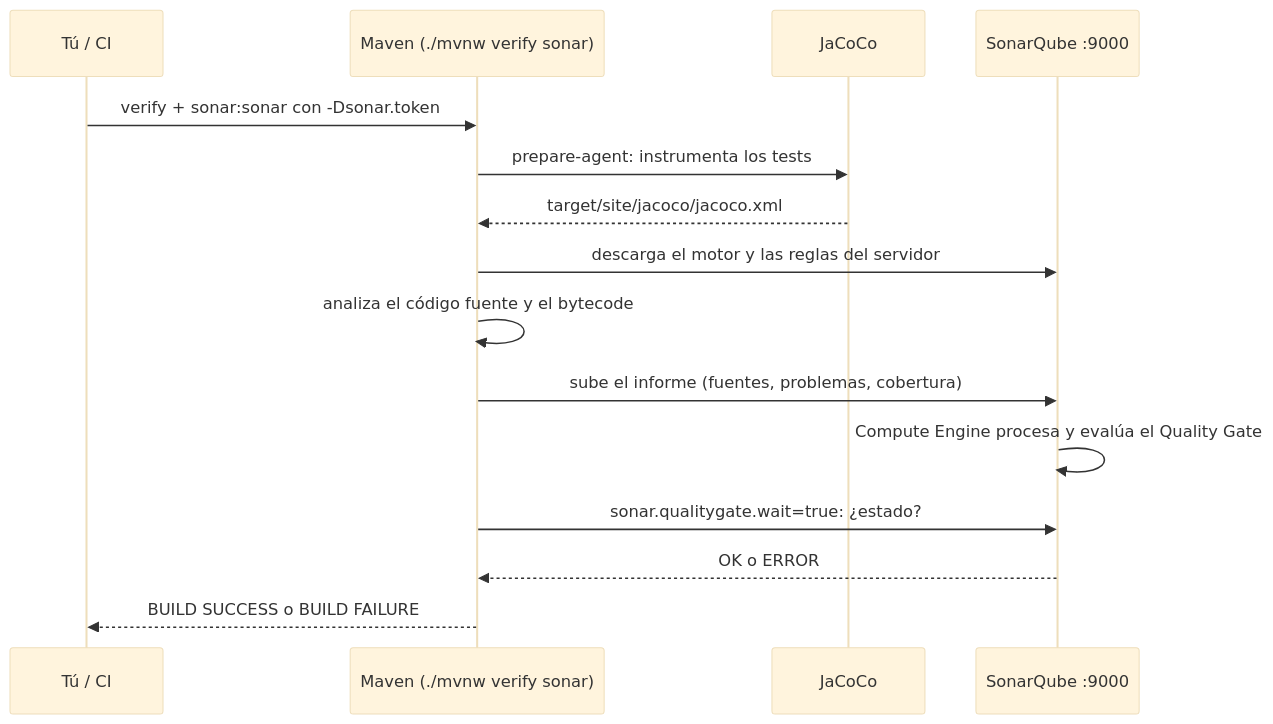
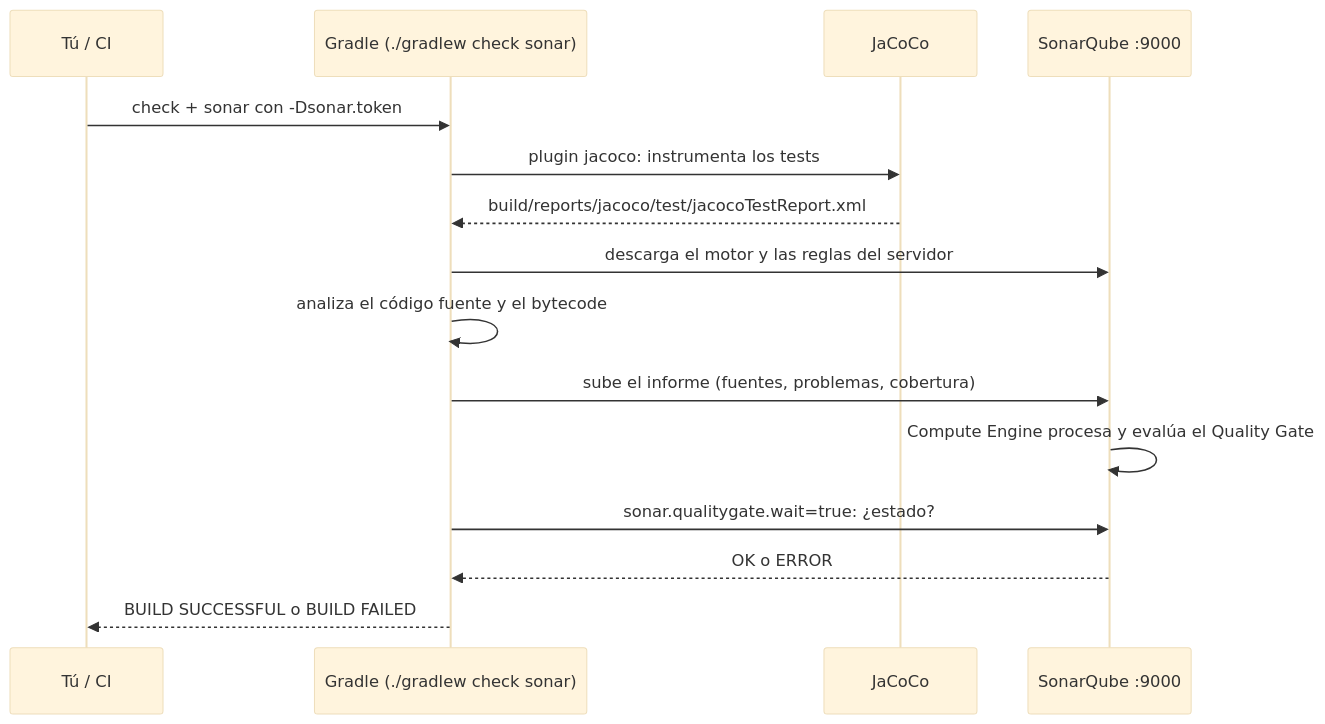
One commit to NICORUIZ93/The_Imperial_Book changed the sixth of 6 diagrams in web/public/content/microservices/modulo-7.md. Above: the diagram before and after it, drawn with Mermaid (base theme). The commit also changed other lines of this file and 346 other files, not shown here.

First line of the commit message:
Microservicios: laboratorios de Spring de Maven a Gradle (Kotlin DSL, wrapper, catálogo)

````diff
--- a/web/public/content/microservices/modulo-7.md
+++ b/web/public/content/microservices/modulo-7.md
@@ -2364,17 +2395,17 @@
 ```mermaid
 sequenceDiagram
     participant Dev as Tú / CI
-    participant MVN as Maven (./mvnw verify sonar)
+    participant MVN as Gradle (./gradlew check sonar)
     participant JC as JaCoCo
     participant SQ as SonarQube :9000
-    Dev->>MVN: verify + sonar:sonar con -Dsonar.token
-    MVN->>JC: prepare-agent: instrumenta los tests
-    JC-->>MVN: target/site/jacoco/jacoco.xml
+    Dev->>MVN: check + sonar con -Dsonar.token
+    MVN->>JC: plugin jacoco: instrumenta los tests
+    JC-->>MVN: build/reports/jacoco/test/jacocoTestReport.xml
     MVN->>SQ: descarga el motor y las reglas del servidor
     MVN->>MVN: analiza el código fuente y el bytecode
     MVN->>SQ: sube el informe (fuentes, problemas, cobertura)
     SQ->>SQ: Compute Engine procesa y evalúa el Quality Gate
     MVN->>SQ: sonar.qualitygate.wait=true: ¿estado?
     SQ-->>MVN: OK o ERROR
-    MVN-->>Dev: BUILD SUCCESS o BUILD FAILURE
+    MVN-->>Dev: BUILD SUCCESSFUL o BUILD FAILED
 ```
````
